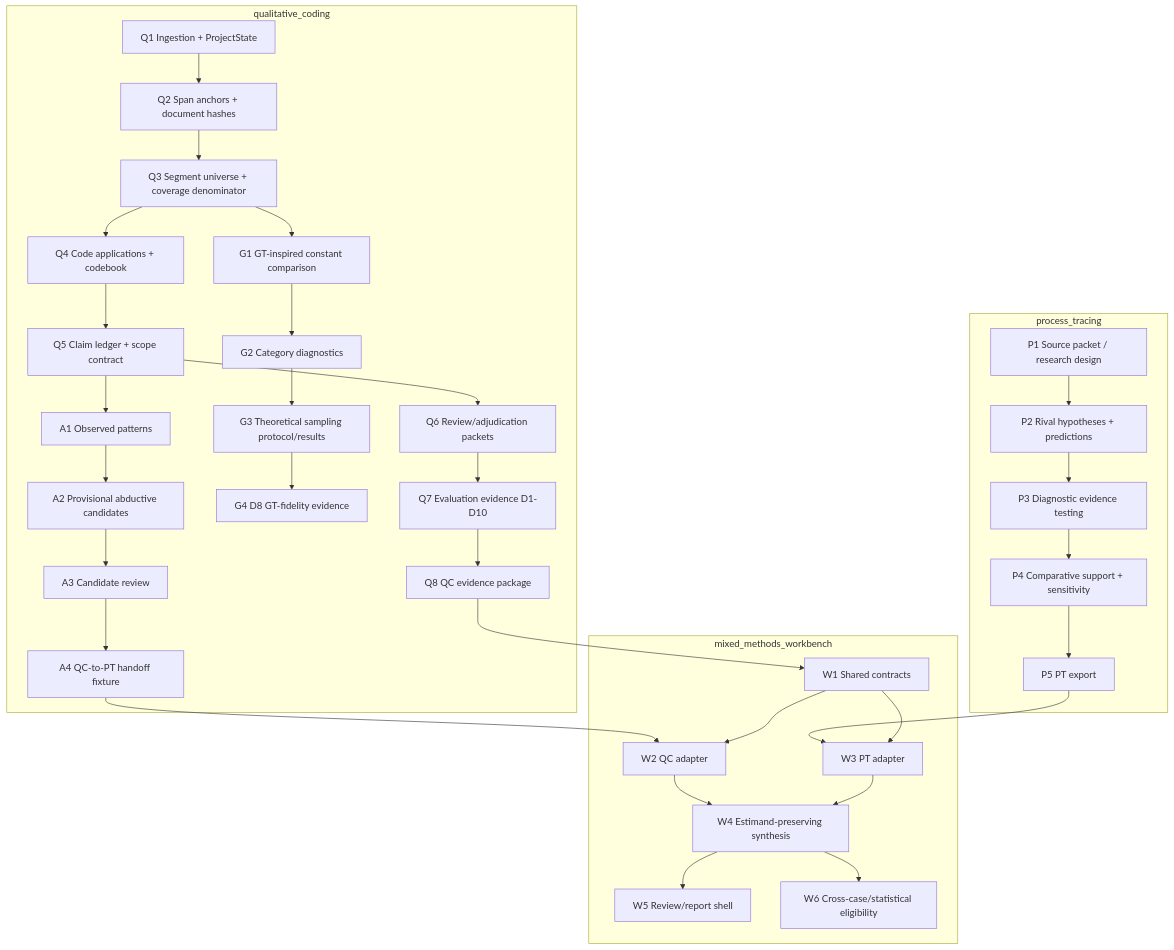
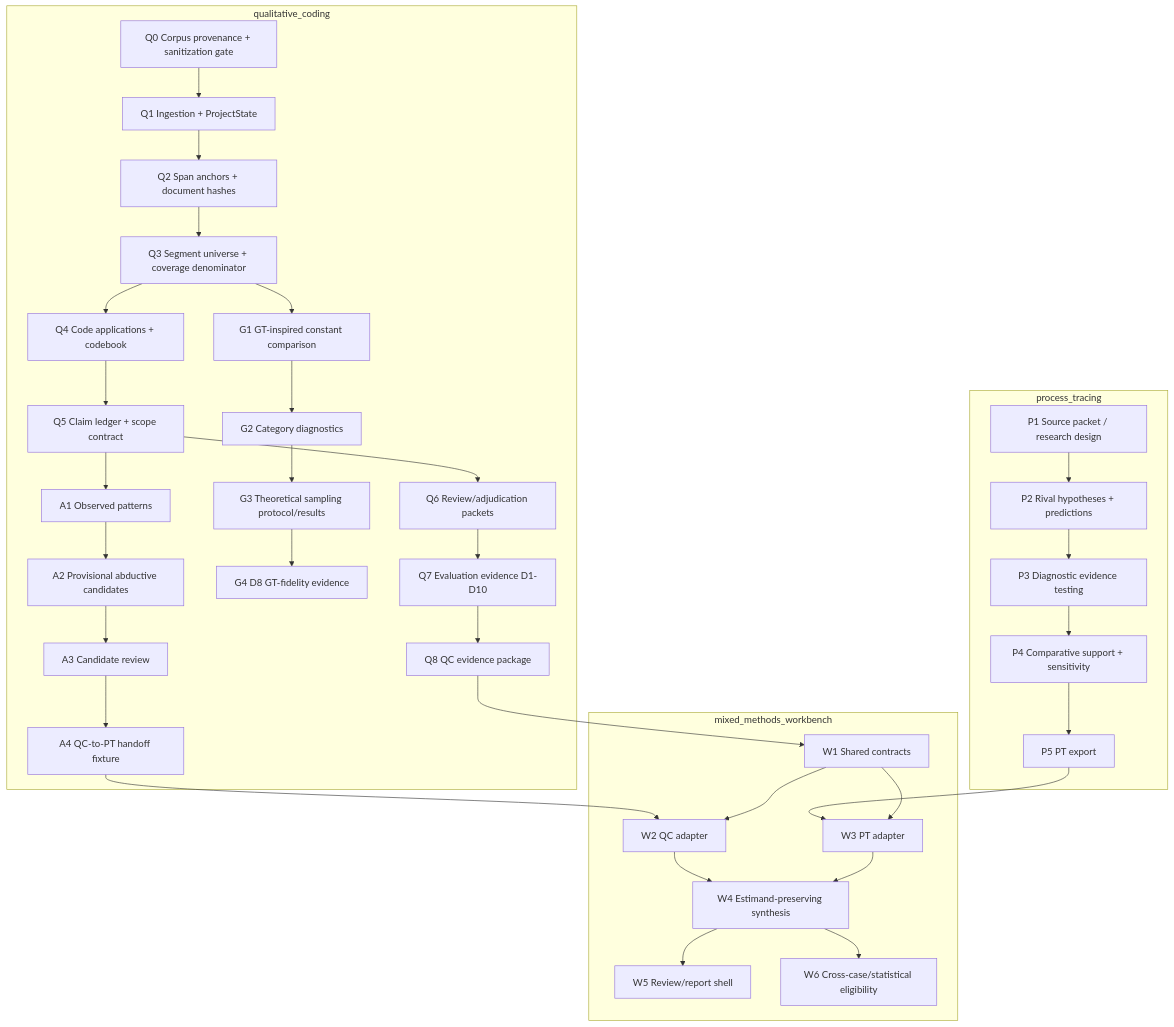
Before and after one commit to BrianMills2718/qc: the diagram in docs/CAPABILITY_DEPENDENCY_GRAPH.md, drawn with Mermaid. The commit also changed other lines of this file and 3 other files, not shown here.

Commit message:
docs: add corpus sanitization gate

````diff
--- a/docs/CAPABILITY_DEPENDENCY_GRAPH.md
+++ b/docs/CAPABILITY_DEPENDENCY_GRAPH.md
@@ -33,48 +33,49 @@
 ```mermaid
 flowchart TD
   subgraph QC["qualitative_coding"]
+    Q0["Q0 Corpus provenance + sanitization gate"]
     Q1["Q1 Ingestion + ProjectState"]
     Q2["Q2 Span anchors + document hashes"]
     Q3["Q3 Segment universe + coverage denominator"]
     Q4["Q4 Code applications + codebook"]
     Q5["Q5 Claim ledger + scope contract"]
     Q6["Q6 Review/adjudication packets"]
     Q7["Q7 Evaluation evidence D1-D10"]
     Q8["Q8 QC evidence package"]
     G1["G1 GT-inspired constant comparison"]
     G2["G2 Category diagnostics"]
     G3["G3 Theoretical sampling protocol/results"]
     G4["G4 D8 GT-fidelity evidence"]
     A1["A1 Observed patterns"]
     A2["A2 Provisional abductive candidates"]
     A3["A3 Candidate review"]
     A4["A4 QC-to-PT handoff fixture"]
   end
 
   subgraph PT["process_tracing"]
     P1["P1 Source packet / research design"]
     P2["P2 Rival hypotheses + predictions"]
     P3["P3 Diagnostic evidence testing"]
     P4["P4 Comparative support + sensitivity"]
     P5["P5 PT export"]
   end
 
   subgraph WB["mixed_methods_workbench"]
     W1["W1 Shared contracts"]
     W2["W2 QC adapter"]
     W3["W3 PT adapter"]
     W4["W4 Estimand-preserving synthesis"]
     W5["W5 Review/report shell"]
     W6["W6 Cross-case/statistical eligibility"]
   end
 
-  Q1 --> Q2 --> Q3 --> Q4 --> Q5 --> Q6 --> Q7 --> Q8
+  Q0 --> Q1 --> Q2 --> Q3 --> Q4 --> Q5 --> Q6 --> Q7 --> Q8
   Q3 --> G1 --> G2 --> G3 --> G4
   Q5 --> A1 --> A2 --> A3 --> A4
   Q8 --> W1
   A4 --> W2
   P1 --> P2 --> P3 --> P4 --> P5 --> W3
   W1 --> W2 --> W4 --> W5
   W1 --> W3 --> W4
   W4 --> W6
 ```
````
